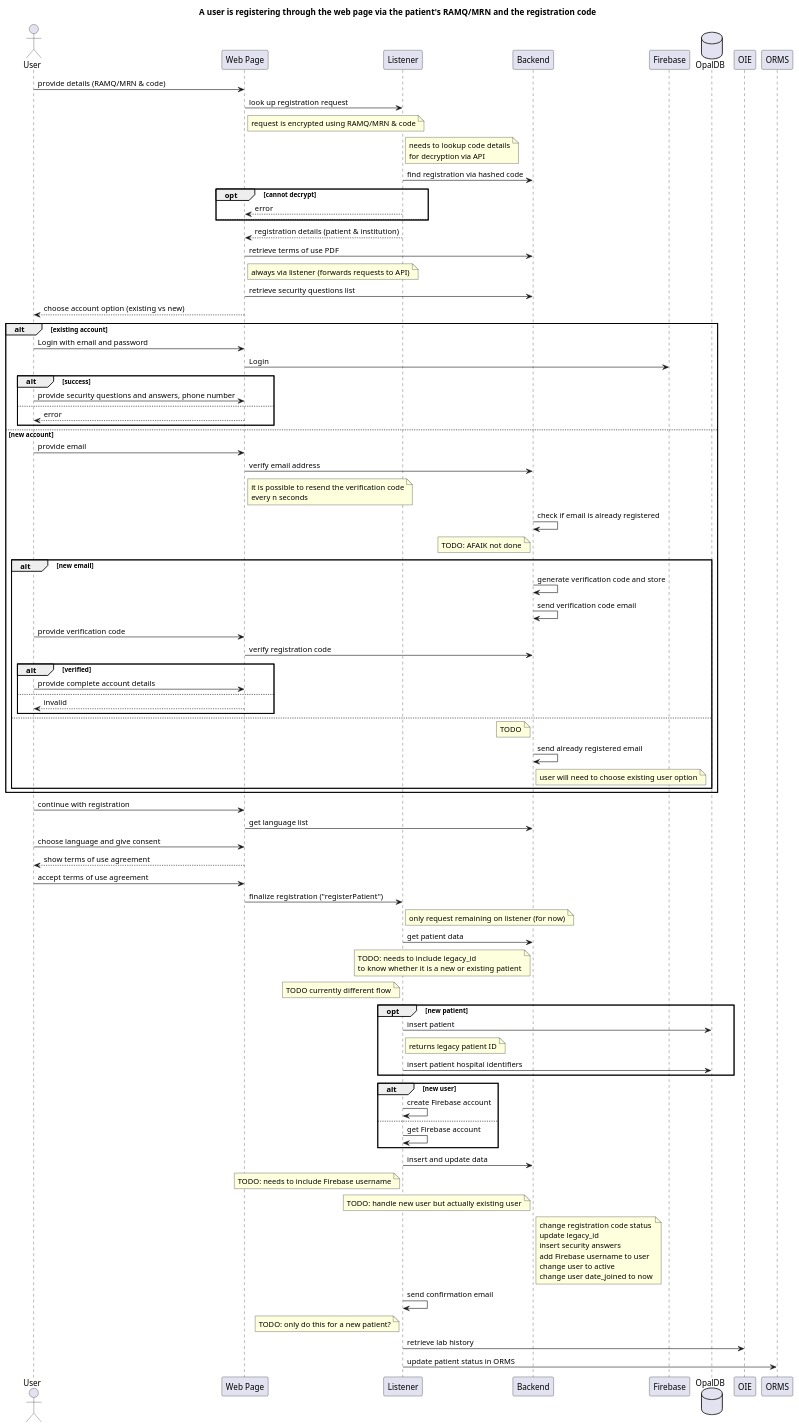
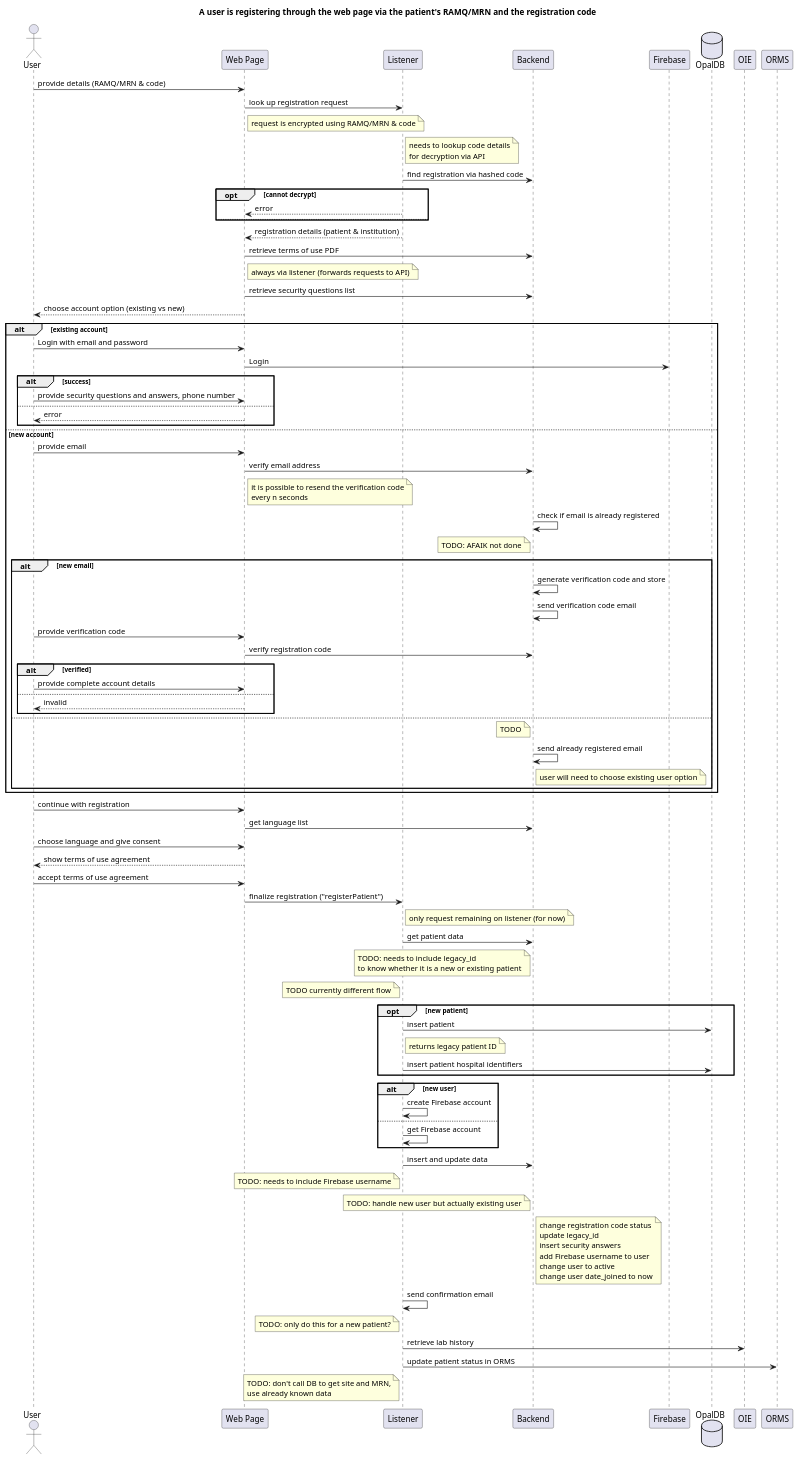
The diagram in docs/architecture/diagrams/registration.puml (opalmedapps/docs), drawn with PlantUML before and after one commit.

Commit message:
add TODO

```diff
--- a/docs/architecture/diagrams/registration.puml
+++ b/docs/architecture/diagrams/registration.puml
@@ -1,98 +1,99 @@
 @startuml sequence
 
 title "A user is registering through the web page via the patient's RAMQ/MRN and the registration code"
 
 actor User
 participant FE as "Web Page"
 participant BE as "Listener"
 participant API as "Backend"
 participant Firebase
 database ODB as "OpalDB"
 participant OIE
 participant ORMS
 
 User -> FE: provide details (RAMQ/MRN & code)
 FE -> BE: look up registration request
 note right of FE: request is encrypted using RAMQ/MRN & code
 note right of BE: needs to lookup code details\nfor decryption via API
 BE -> API: find registration via hashed code
 
 opt cannot decrypt
     BE --> FE: error
 else
 end
 
 BE --> FE: registration details (patient & institution)
 FE -> API: retrieve terms of use PDF
 note right of FE: always via listener (forwards requests to API)
 FE -> API: retrieve security questions list
 FE --> User: choose account option (existing vs new)
 
 alt existing account
     User -> FE: Login with email and password
     FE -> Firebase: Login
 
     alt success
         User -> FE: provide security questions and answers, phone number
     else
         FE --> User: error
     end
 else new account
     User -> FE: provide email
     FE -> API: verify email address
     note right of FE: it is possible to resend the verification code\nevery n seconds
     API -> API: check if email is already registered
     note left of API: TODO: AFAIK not done
     alt new email
         API -> API: generate verification code and store
         API -> API: send verification code email
         User -> FE: provide verification code
         FE -> API: verify registration code
 
         alt verified
             User -> FE: provide complete account details
         else
             FE --> User: invalid
         end
     else
         note left of API: TODO
         API -> API: send already registered email
         note right of API: user will need to choose existing user option
     end
 end
 
 User -> FE: continue with registration
 FE -> API: get language list
 User -> FE: choose language and give consent
 FE --> User: show terms of use agreement
 User -> FE: accept terms of use agreement
 FE -> BE: finalize registration ("registerPatient")
 note right of BE: only request remaining on listener (for now)
 BE -> API: get patient data
 note left of API: TODO: needs to include legacy_id\nto know whether it is a new or existing patient
 
 note left of BE: TODO currently different flow
 opt new patient
     BE -> ODB: insert patient
     note right of BE: returns legacy patient ID
     BE -> ODB: insert patient hospital identifiers
 end
 
 alt new user
     BE -> BE: create Firebase account
 else
     BE -> BE: get Firebase account
 end
 
 BE -> API: insert and update data
 note left of BE: TODO: needs to include Firebase username
 note left of API: TODO: handle new user but actually existing user
 note right of API: change registration code status\nupdate legacy_id\ninsert security answers\nadd Firebase username to user\nchange user to active\nchange user date_joined to now
 
 BE -> BE: send confirmation email
 
 note left of BE: TODO: only do this for a new patient?
 BE -> OIE: retrieve lab history
 BE -> ORMS: update patient status in ORMS
+note left of BE: TODO: don't call DB to get site and MRN,\nuse already known data
 
 @enduml
```
